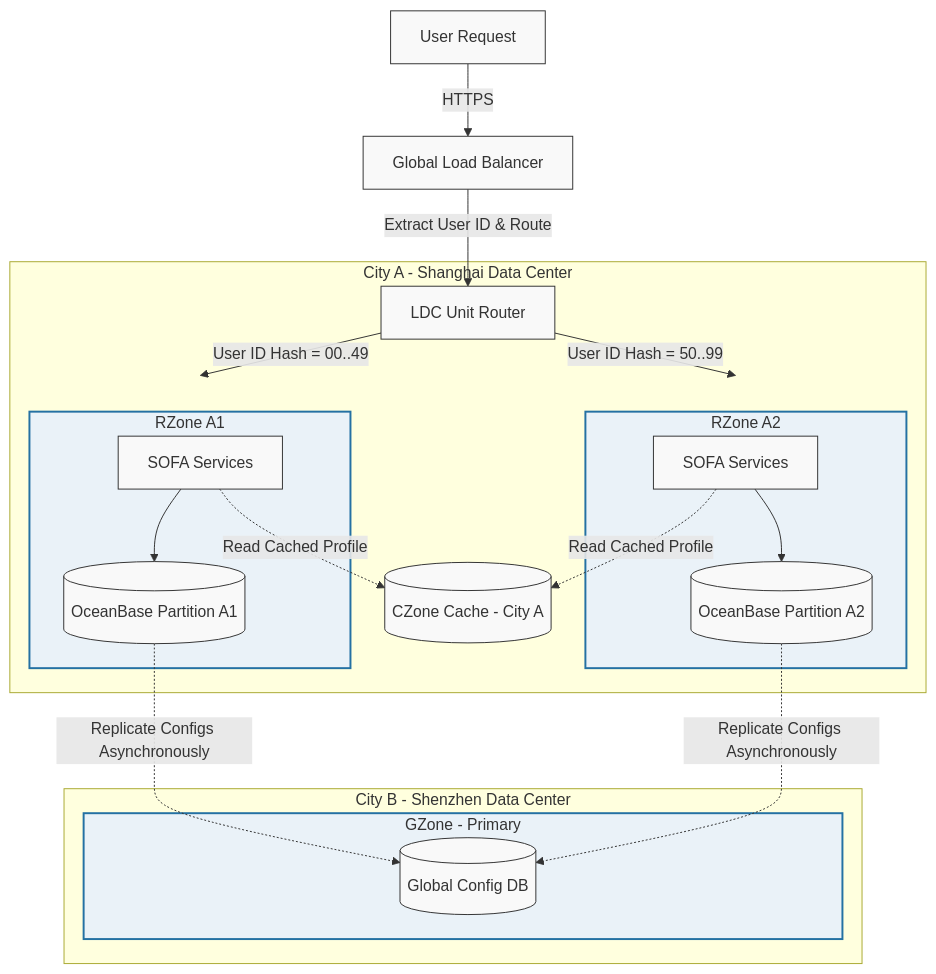
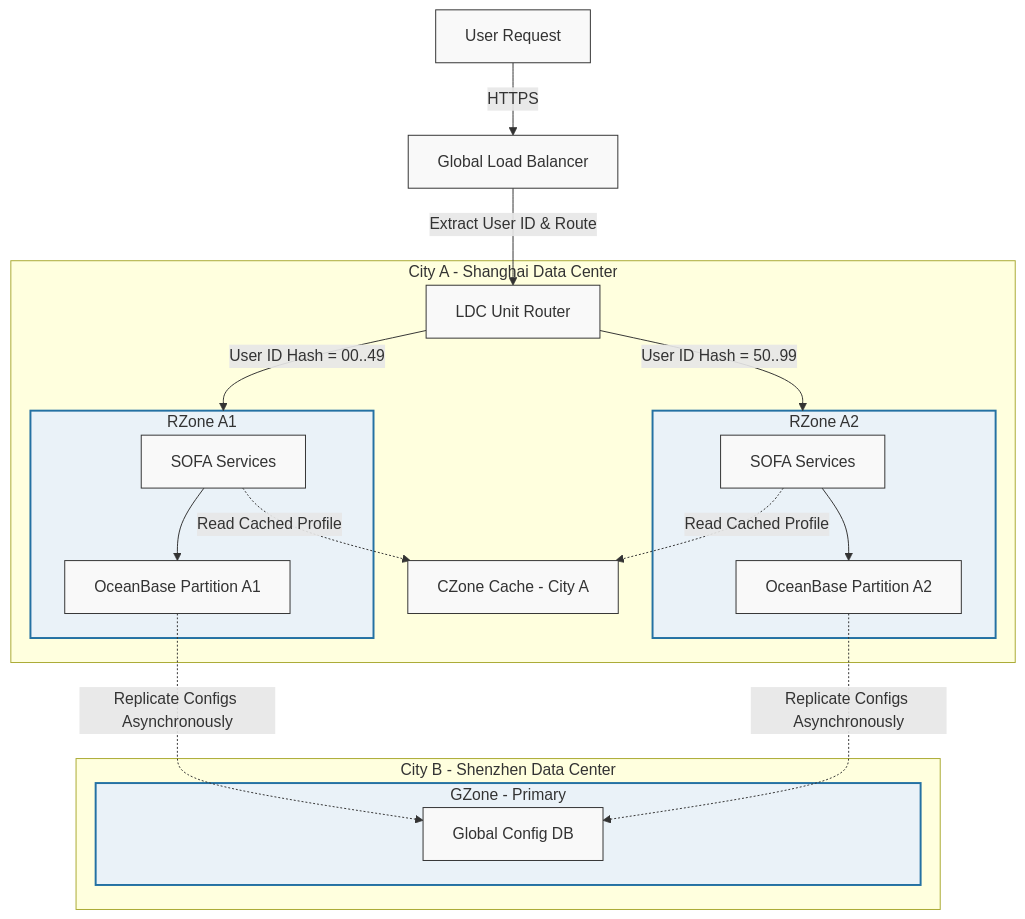
The second of 2 diagrams in content/series/alipay-double-11/phase-2-architecture.md (vesviet/vesviet), drawn with Mermaid before and after one commit. The commit also changed other lines of this file and 11 other files, not shown here.

Commit message:
feat(alipay-double-11): upgrade 2027 SOTA series with 100-round deep research, diagrams, and benchmarks

````diff
--- a/content/series/alipay-double-11/phase-2-architecture.md
+++ b/content/series/alipay-double-11/phase-2-architecture.md
@@ -78,35 +85,35 @@
 ```mermaid
 graph TD
     User["User Request"] -->|"HTTPS"| GLB["Global Load Balancer"]
     GLB -->|"Extract User ID & Route"| Router["LDC Unit Router"]
     
     subgraph CityA ["City A - Shanghai Data Center"]
         Router -->|"User ID Hash = 00..49"| RZoneA1["RZone Unit A1"]
         Router -->|"User ID Hash = 50..99"| RZoneA2["RZone Unit A2"]
         
         subgraph RZoneA1 ["RZone A1"]
-            AppA1["SOFA Services"] --> DBA1[("OceanBase Partition A1")]
+            AppA1["SOFA Services"] --> DBA1["OceanBase Partition A1"]
         end
         
         subgraph RZoneA2 ["RZone A2"]
-            AppA2["SOFA Services"] --> DBA2[("OceanBase Partition A2")]
+            AppA2["SOFA Services"] --> DBA2["OceanBase Partition A2"]
         end
         
-        CZoneA[("CZone Cache - City A")]
+        CZoneA["CZone Cache - City A"]
         AppA1 -.->|"Read Cached Profile"| CZoneA
         AppA2 -.->|"Read Cached Profile"| CZoneA
     end
 
     subgraph CityB ["City B - Shenzhen Data Center"]
         subgraph GZone ["GZone - Primary"]
-            GlobalDB[("Global Config DB")]
+            GlobalDB["Global Config DB"]
         end
     end
 
     DBA1 -.->|"Replicate Configs Asynchronously"| GlobalDB
     DBA2 -.->|"Replicate Configs Asynchronously"| GlobalDB
 
     classDef default fill:#f9f9f9,stroke:#333,stroke-width:1px;
     classDef cell fill:#eaf2f8,stroke:#2471a3,stroke-width:2px;
     class RZoneA1,RZoneA2,GZone cell;
 ```
````
